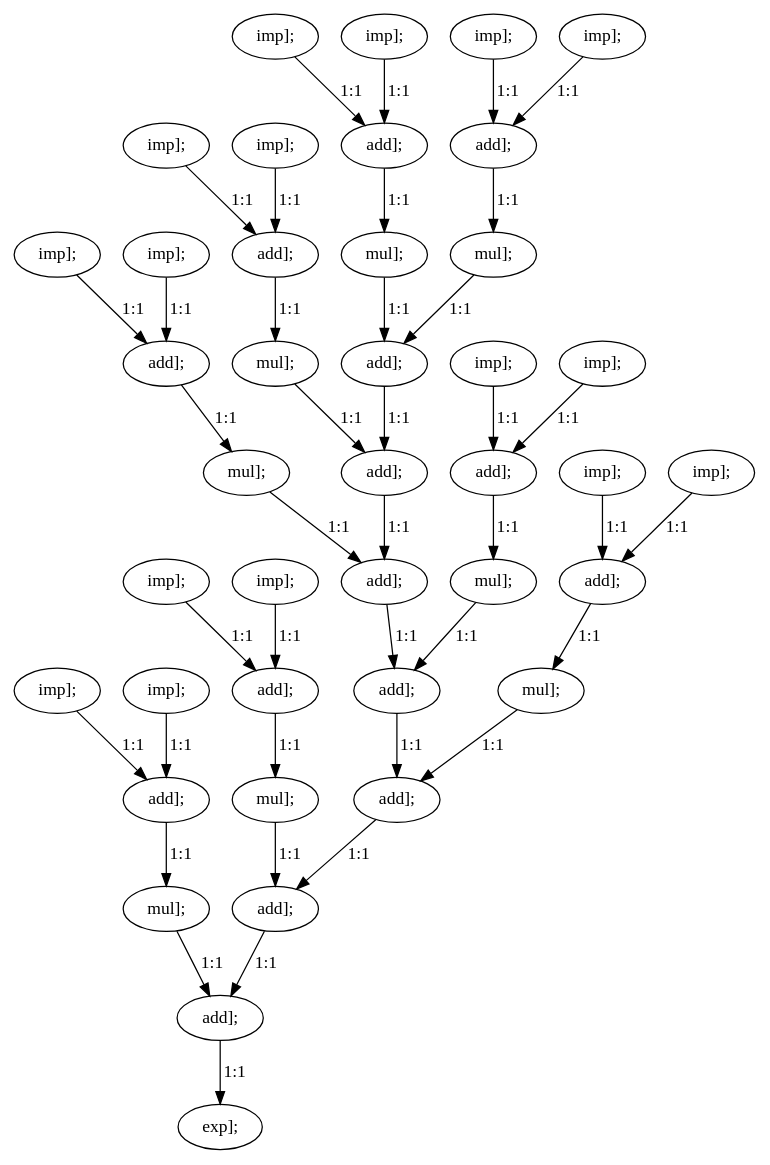
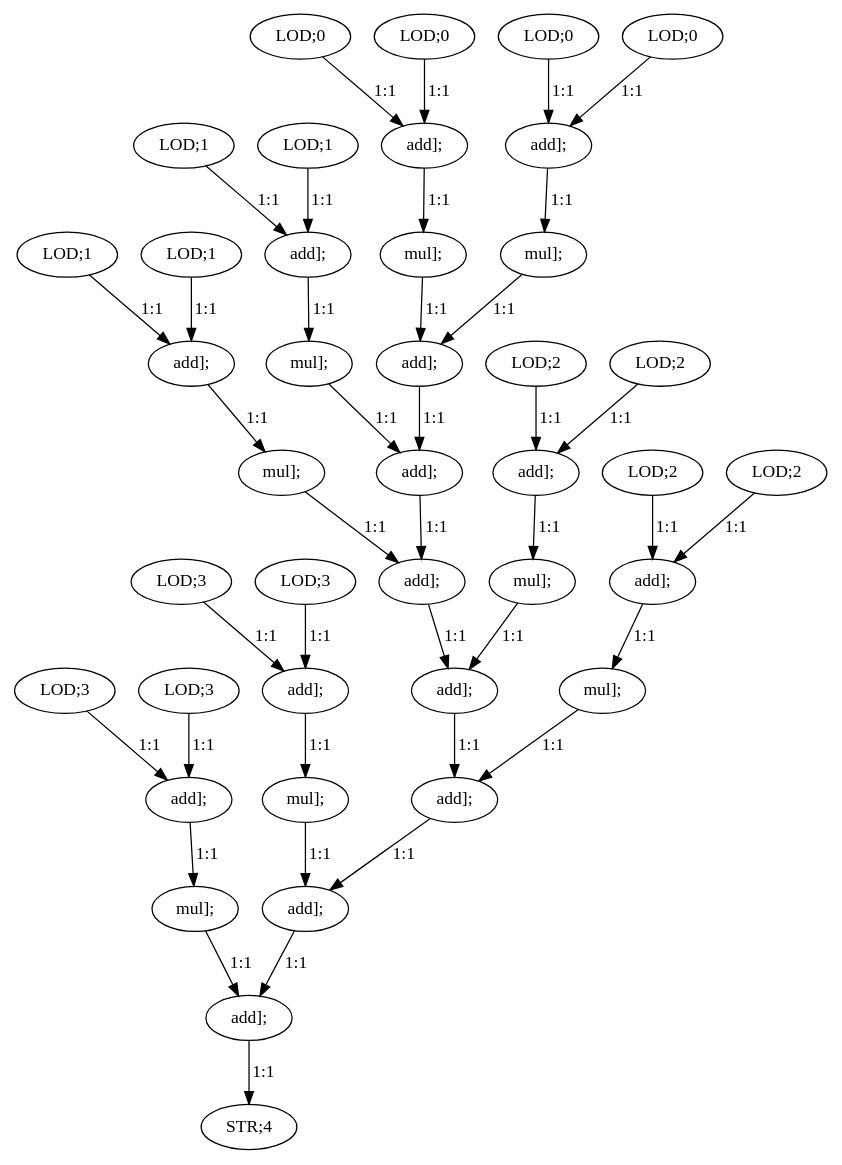
The diagram in large_dfgs/Express_loadUpward/fir_f2.dot (nikhilsambhus/DFGprop), drawn with Graphviz before and after one commit. The commit also changed 16 other files, not shown here.

```diff
--- a/large_dfgs/Express_loadUpward/fir_f2.dot
+++ b/large_dfgs/Express_loadUpward/fir_f2.dot
@@ -1,82 +1,82 @@
 digraph  {
-   0 [label="imp];"];
-   1 [label="imp];"];
+   0 [label="LOD;0"];
+   1 [label="LOD;0"];
    2 [label="add];"];
-   3 [label="imp];"];
-   4 [label="imp];"];
+   3 [label="LOD;0"];
+   4 [label="LOD;0"];
    5 [label="add];"];
-   6 [label="imp];"];
-   7 [label="imp];"];
+   6 [label="LOD;1"];
+   7 [label="LOD;1"];
    8 [label="add];"];
-   9 [label="imp];"];
-   10 [label="imp];"];
+   9 [label="LOD;1"];
+   10 [label="LOD;1"];
    11 [label="add];"];
-   12 [label="imp];"];
-   13 [label="imp];"];
+   12 [label="LOD;2"];
+   13 [label="LOD;2"];
    14 [label="add];"];
-   15 [label="imp];"];
-   16 [label="imp];"];
+   15 [label="LOD;2"];
+   16 [label="LOD;2"];
    17 [label="add];"];
-   18 [label="imp];"];
-   19 [label="imp];"];
+   18 [label="LOD;3"];
+   19 [label="LOD;3"];
    20 [label="add];"];
-   21 [label="imp];"];
-   22 [label="imp];"];
+   21 [label="LOD;3"];
+   22 [label="LOD;3"];
    23 [label="add];"];
    24 [label="mul];"];
    25 [label="mul];"];
    26 [label="mul];"];
    27 [label="mul];"];
    28 [label="mul];"];
    29 [label="mul];"];
    30 [label="mul];"];
    31 [label="mul];"];
    32 [label="add];"];
    33 [label="add];"];
    34 [label="add];"];
    35 [label="add];"];
    36 [label="add];"];
    37 [label="add];"];
    38 [label="add];"];
-   39 [label="exp];"];
+   39 [label="STR;4"];
 
-   0->2 [label="1:1"]
-   1->2 [label="1:1"]
-   2->24 [label="1:1"]
-   3->5 [label="1:1"]
-   4->5 [label="1:1"]
-   5->25 [label="1:1"]
-   6->8 [label="1:1"]
-   7->8 [label="1:1"]
-   8->26 [label="1:1"]
-   9->11 [label="1:1"]
-   10->11 [label="1:1"]
-   11->27 [label="1:1"]
-   12->14 [label="1:1"]
-   13->14 [label="1:1"]
-   14->28 [label="1:1"]
-   15->17 [label="1:1"]
-   16->17 [label="1:1"]
-   17->29 [label="1:1"]
-   18->20 [label="1:1"]
-   19->20 [label="1:1"]
-   20->30 [label="1:1"]
-   21->23 [label="1:1"]
-   22->23 [label="1:1"]
-   23->31 [label="1:1"]
-   24->32 [label="1:1"]
-   25->32 [label="1:1"]
-   26->33 [label="1:1"]
-   27->34 [label="1:1"]
-   28->35 [label="1:1"]
-   29->36 [label="1:1"]
-   30->37 [label="1:1"]
-   31->38 [label="1:1"]
-   32->33 [label="1:1"]
-   33->34 [label="1:1"]
-   34->35 [label="1:1"]
-   35->36 [label="1:1"]
-   36->37 [label="1:1"]
-   37->38 [label="1:1"]
-   38->39 [label="1:1"]
+   0->2 [label="1:1"];
+   1->2 [label="1:1"];
+   2->24 [label="1:1"];
+   3->5 [label="1:1"];
+   4->5 [label="1:1"];
+   5->25 [label="1:1"];
+   6->8 [label="1:1"];
+   7->8 [label="1:1"];
+   8->26 [label="1:1"];
+   9->11 [label="1:1"];
+   10->11 [label="1:1"];
+   11->27 [label="1:1"];
+   12->14 [label="1:1"];
+   13->14 [label="1:1"];
+   14->28 [label="1:1"];
+   15->17 [label="1:1"];
+   16->17 [label="1:1"];
+   17->29 [label="1:1"];
+   18->20 [label="1:1"];
+   19->20 [label="1:1"];
+   20->30 [label="1:1"];
+   21->23 [label="1:1"];
+   22->23 [label="1:1"];
+   23->31 [label="1:1"];
+   24->32 [label="1:1"];
+   25->32 [label="1:1"];
+   26->33 [label="1:1"];
+   27->34 [label="1:1"];
+   28->35 [label="1:1"];
+   29->36 [label="1:1"];
+   30->37 [label="1:1"];
+   31->38 [label="1:1"];
+   32->33 [label="1:1"];
+   33->34 [label="1:1"];
+   34->35 [label="1:1"];
+   35->36 [label="1:1"];
+   36->37 [label="1:1"];
+   37->38 [label="1:1"];
+   38->39 [label="1:1"];
 }
```
